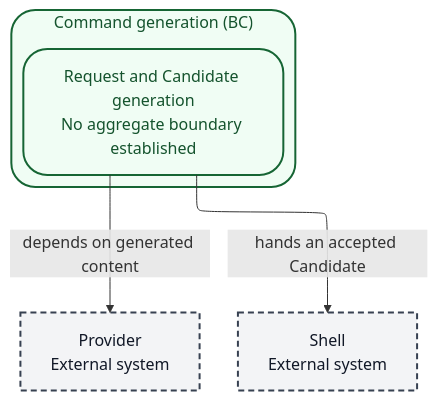
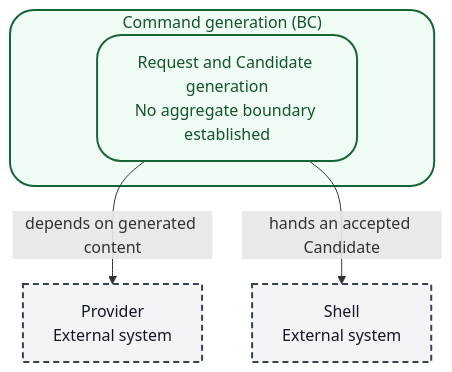
One commit to buster/watn changed the second of 2 diagrams in docs/domain-model.md. Above: the diagram before and after it, drawn with Mermaid. The commit also changed other lines of this file, not shown here.

Commit message:
docs(givn): keep the domain model diagrams portable
Drop the ELK-only layout directive so GitHub's Mermaid renderer can render the bounded-context views.

````diff
--- a/docs/domain-model.md
+++ b/docs/domain-model.md
@@ -38,27 +32,18 @@
 ```mermaid
----
-config:
-  layout: elk
-  elk:
-    mergeEdges: false
-  flowchart:
-    nodeSpacing: 45
-    rankSpacing: 80
----
 flowchart TB
     subgraph commandGeneration["Command generation (BC)"]
         generation["Request and Candidate generation<br/>No aggregate boundary established"]
     end
 
     provider["Provider<br/>External system"]
     shell["Shell<br/>External system"]
 
     generation -->|depends on generated content| provider
     generation -->|hands an accepted Candidate| shell
 
     classDef contextStyle fill:#f0fdf4,stroke:#166534,stroke-width:2px,rx:24,ry:24,color:#14532d;
     classDef externalStyle fill:#f3f4f6,stroke:#374151,stroke-width:2px,stroke-dasharray:6 4,color:#111827;
     class generation contextStyle;
     class provider,shell externalStyle;
     style commandGeneration fill:#f0fdf4,stroke:#166534,stroke-width:2px,rx:24,ry:24,color:#14532d
 ```
````
